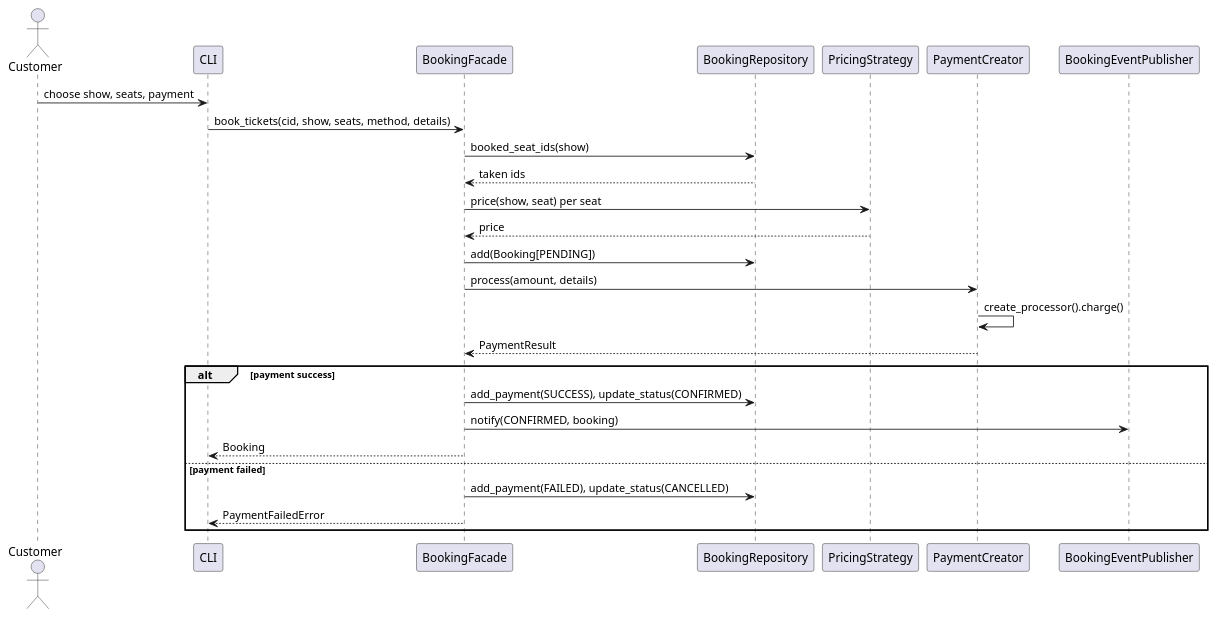
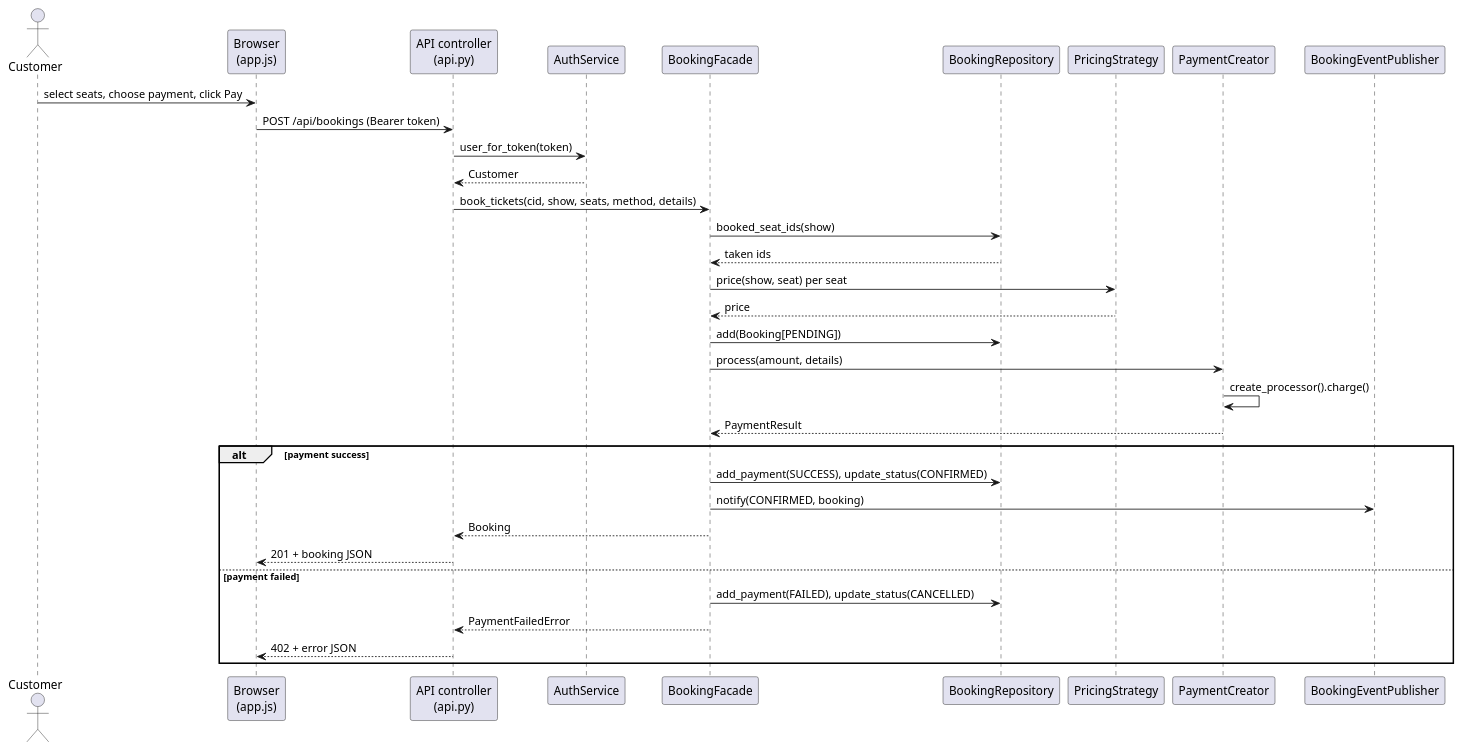
One commit to meerakumar-1/cinebook-ooad changed the diagram in cinebook/cinebook/docs/uml/04_sequence_book.puml. Above: the diagram before and after it, drawn with PlantUML. The commit also changed 52 other files, not shown here.

```diff
--- a/cinebook/cinebook/docs/uml/04_sequence_book.puml
+++ b/cinebook/cinebook/docs/uml/04_sequence_book.puml
@@ -1,27 +1,34 @@
 @startuml sequence_book
 actor Customer
-participant CLI
+participant "Browser\n(app.js)" as UI
+participant "API controller\n(api.py)" as API
+participant AuthService as Auth
 participant BookingFacade as F
 participant BookingRepository as BR
 participant PricingStrategy as PS
 participant PaymentCreator as PC
 participant BookingEventPublisher as Pub
-Customer -> CLI : choose show, seats, payment
-CLI -> F : book_tickets(cid, show, seats, method, details)
+Customer -> UI : select seats, choose payment, click Pay
+UI -> API : POST /api/bookings (Bearer token)
+API -> Auth : user_for_token(token)
+Auth --> API : Customer
+API -> F : book_tickets(cid, show, seats, method, details)
 F -> BR : booked_seat_ids(show)
 BR --> F : taken ids
 F -> PS : price(show, seat) per seat
 PS --> F : price
 F -> BR : add(Booking[PENDING])
 F -> PC : process(amount, details)
 PC -> PC : create_processor().charge()
 PC --> F : PaymentResult
 alt payment success
   F -> BR : add_payment(SUCCESS), update_status(CONFIRMED)
   F -> Pub : notify(CONFIRMED, booking)
-  F --> CLI : Booking
+  F --> API : Booking
+  API --> UI : 201 + booking JSON
 else payment failed
   F -> BR : add_payment(FAILED), update_status(CANCELLED)
-  F --> CLI : PaymentFailedError
+  F --> API : PaymentFailedError
+  API --> UI : 402 + error JSON
 end
 @enduml
```
